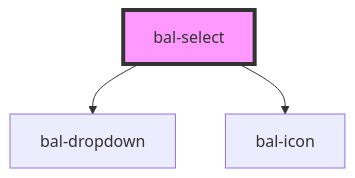
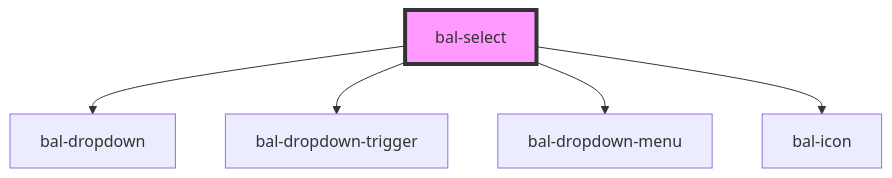
Before and after one commit to baloise/design-system: the diagram in packages/library/src/components/bal-select/readme.md, drawn with Mermaid. The commit also changed other lines of this file and 30 other files, not shown here.

````diff
--- a/packages/library/src/components/bal-select/readme.md
+++ b/packages/library/src/components/bal-select/readme.md
@@ -120,6 +122,8 @@
 ```mermaid
 graph TD;
   bal-select --> bal-dropdown
+  bal-select --> bal-dropdown-trigger
+  bal-select --> bal-dropdown-menu
   bal-select --> bal-icon
   style bal-select fill:#f9f,stroke:#333,stroke-width:4px
 ```
````
